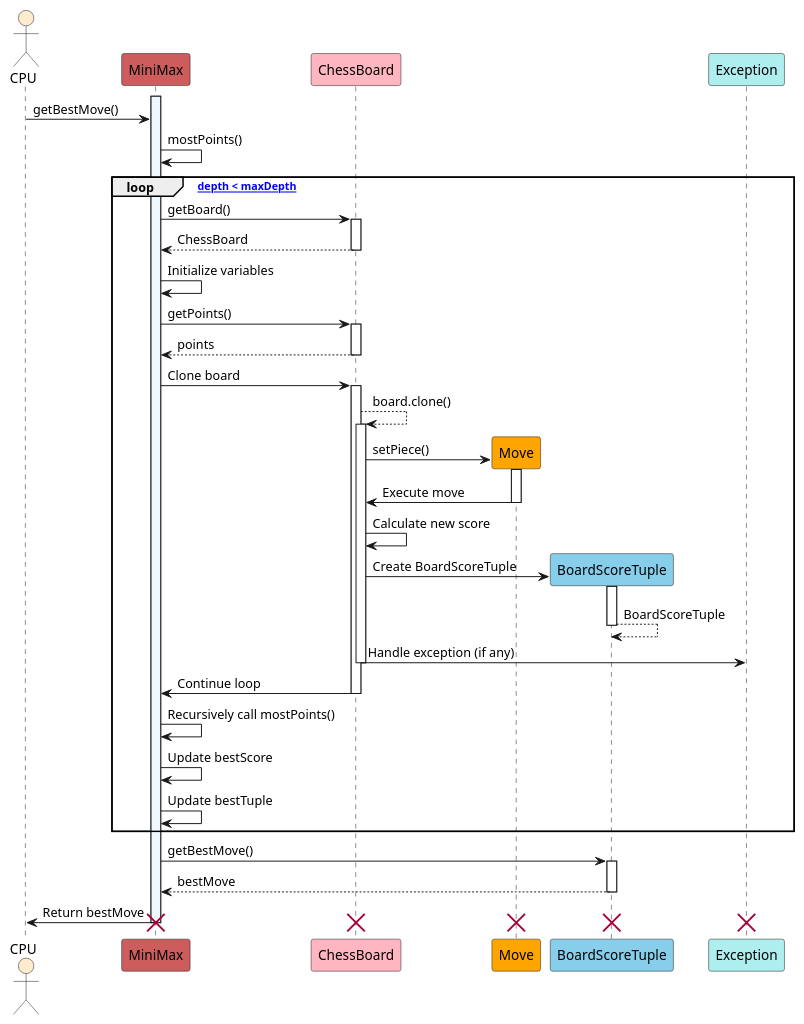
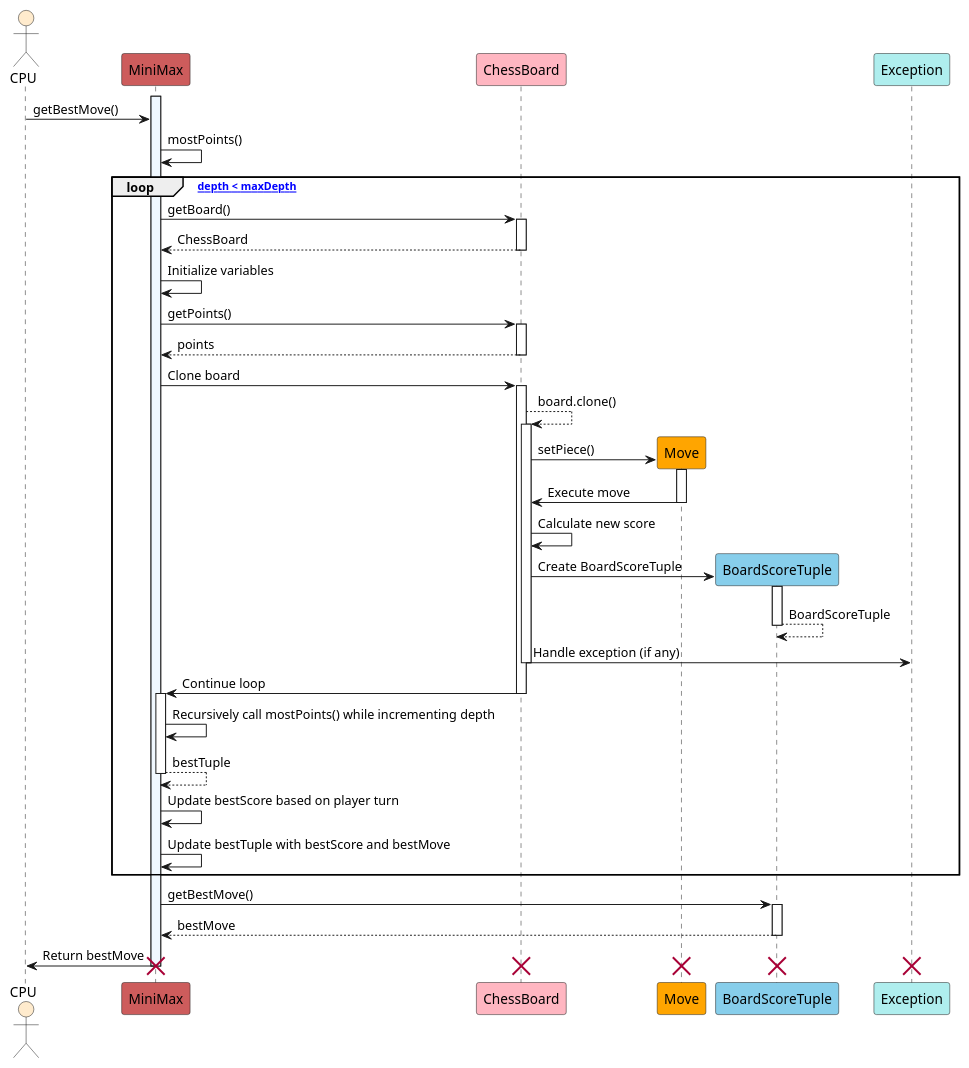
One commit to onx001/tp changed the diagram in docs/diagrams/MiniMaxSequence.puml. Above: the diagram before and after it, drawn with PlantUML. The commit also changed 1 other file, not shown here.

Commit message:
Update UML

```diff
--- a/docs/diagrams/MiniMaxSequence.puml
+++ b/docs/diagrams/MiniMaxSequence.puml
@@ -1,67 +1,69 @@
 @startuml MiniMaxSequenceDiagram
 
 actor CPU as user #BlanchedAlmond
 participant MiniMax as MM #IndianRed
 participant ChessBoard as CB #LightPink
 participant Move as M #Orange
 participant BoardScoreTuple as BST #SkyBlue
 participant Exception as E #PaleTurquoise
 
 activate MM #AliceBlue
 
 user -> MM : getBestMove()
 
 MM -> MM : mostPoints()
 
 loop ["depth < maxDepth"]
 
     MM -> CB : getBoard()
     activate CB
     CB --> MM : ChessBoard
     deactivate CB
 
     MM -> MM : Initialize variables
     MM -> CB : getPoints()
     activate CB
     CB --> MM : points
     deactivate CB
     MM -> CB : Clone board
     activate CB
 
     CB --> CB : board.clone()
     activate CB
 
     CB -> M** : setPiece()
     activate M
     M -> CB : Execute move
     deactivate M
     CB -> CB : Calculate new score
     CB -> BST** : Create BoardScoreTuple
     activate BST
     BST --> BST : BoardScoreTuple
     deactivate BST
     CB -> E : Handle exception (if any)
     deactivate CB
     CB -> MM : Continue loop
     deactivate CB
-
-    MM -> MM : Recursively call mostPoints()
-    MM -> MM : Update bestScore
-    MM -> MM : Update bestTuple
+    activate MM
+    MM -> MM : Recursively call mostPoints() while incrementing depth
+    MM --> MM : bestTuple
+    deactivate MM
+    MM -> MM : Update bestScore based on player turn
+    MM -> MM : Update bestTuple with bestScore and bestMove
 
 end
 
 MM -> BST : getBestMove()
 activate BST
 BST --> MM : bestMove
 deactivate BST
 
 MM -> user : Return bestMove
 deactivate MM
 destroy MM
 destroy CB
 destroy M
 destroy BST
 destroy E
 
 @enduml
```
